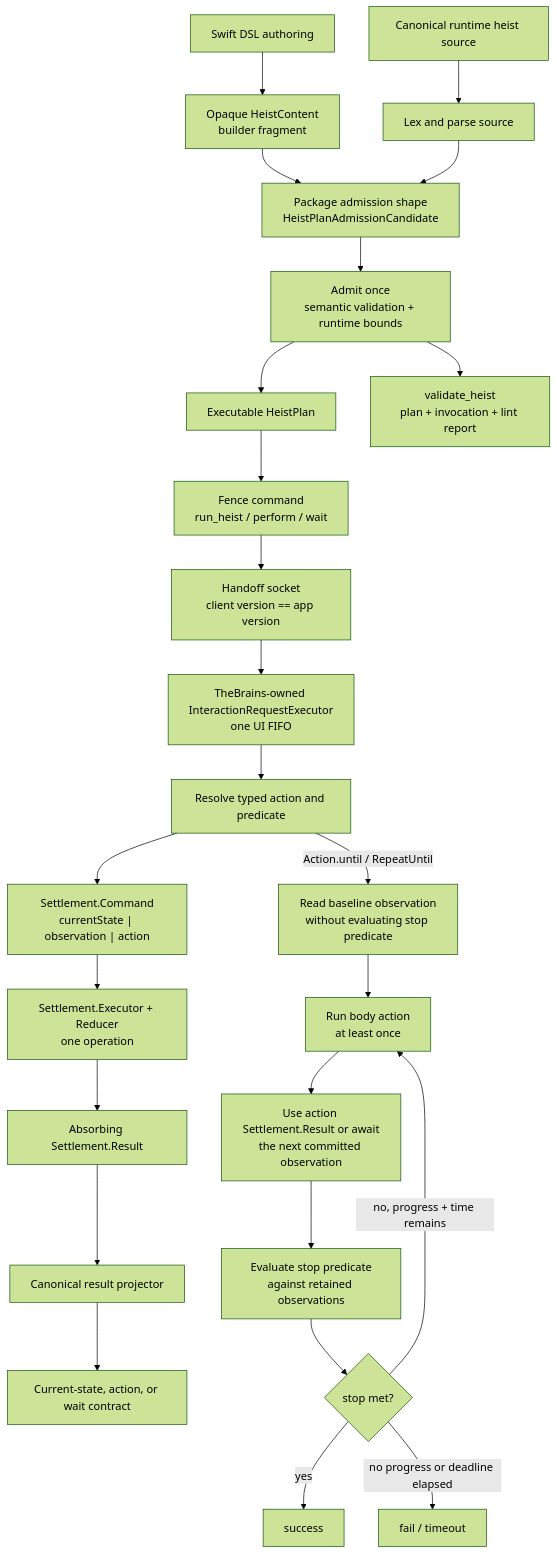
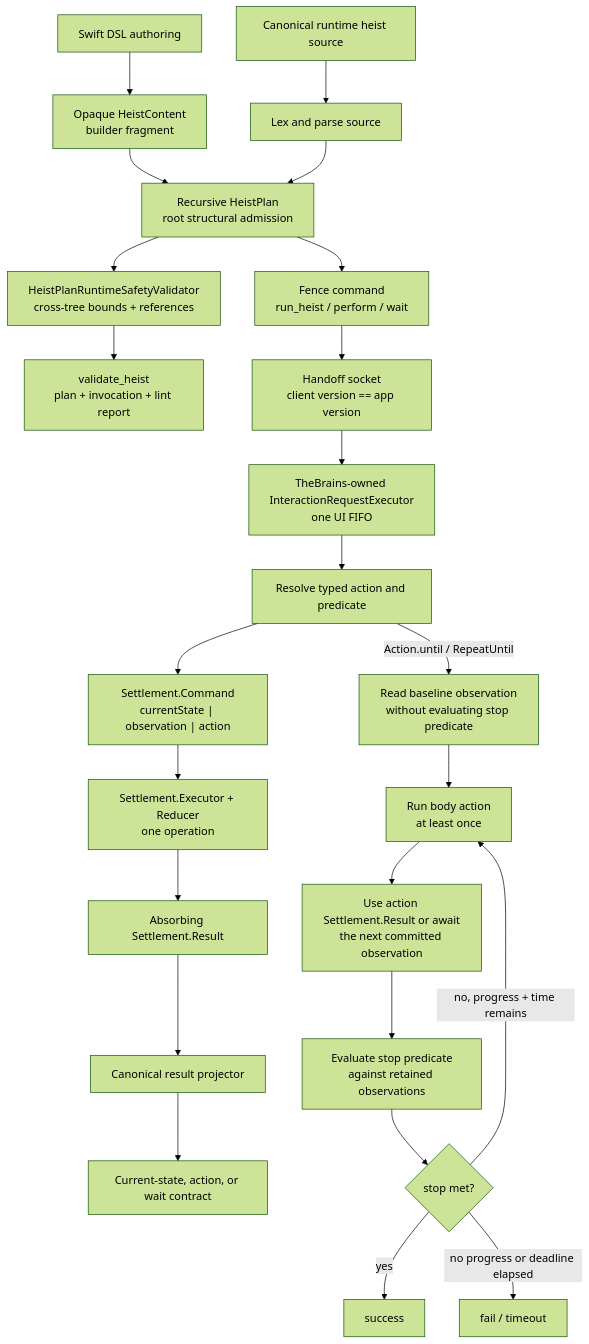
The diagram in docs/ARCHITECTURE.md (RoyalPineapple/TheButtonHeist), drawn with Mermaid (forest theme) before and after one commit. The commit also changed 60 other files, not shown here.

Commit message:
feat(internal-compression-plan-language): implement T2 - unify plan admission

````diff
--- a/docs/ARCHITECTURE.md
+++ b/docs/ARCHITECTURE.md
@@ -620,29 +620,28 @@
 ```mermaid
 flowchart TD
     SwiftAuthor["Swift DSL authoring"] --> Fragment["Opaque HeistContent<br/>builder fragment"]
     SourceAuthor["Canonical runtime heist source"] --> Parse["Lex and parse source"]
-    Fragment --> Candidate["Package admission shape<br/>HeistPlanAdmissionCandidate"]
-    Parse --> Candidate
-    Candidate --> Validate["Admit once<br/>semantic validation + runtime bounds"]
-    Validate --> Plan["Executable HeistPlan"]
+    Fragment --> Plan["Recursive HeistPlan<br/>root structural admission"]
+    Parse --> Plan
+    Plan --> Validate["HeistPlanRuntimeSafetyValidator<br/>cross-tree bounds + references"]
     Validate --> OfflineReport["validate_heist<br/>plan + invocation + lint report"]
     Plan --> FenceCommand["Fence command<br/>run_heist / perform / wait"]
     FenceCommand --> HandoffSocket["Handoff socket<br/>client version == app version"]
     HandoffSocket --> Executor["TheBrains-owned InteractionRequestExecutor<br/>one UI FIFO"]
 
     Executor --> Resolve["Resolve typed action and predicate"]
     Resolve --> Command["Settlement.Command<br/>currentState | observation | action"]
     Command --> Settlement["Settlement.Executor + Reducer<br/>one operation"]
     Settlement --> Result["Absorbing Settlement.Result"]
     Result --> Project["Canonical result projector"]
     Project --> Response["Current-state, action, or wait contract"]
 
     Resolve -->|Action.until / RepeatUntil| LoopBaseline["Read baseline observation<br/>without evaluating stop predicate"]
     LoopBaseline --> RunBody["Run body action<br/>at least once"]
     RunBody --> ProgressGate["Use action Settlement.Result or await<br/>the next committed observation"]
     ProgressGate --> EvaluateStop["Evaluate stop predicate<br/>against retained observations"]
     EvaluateStop --> StopMet{"stop met?"}
     StopMet -->|yes| Done["success"]
     StopMet -->|no, progress + time remains| RunBody
     StopMet -->|no progress or deadline elapsed| Fail["fail / timeout"]
 ```
````
